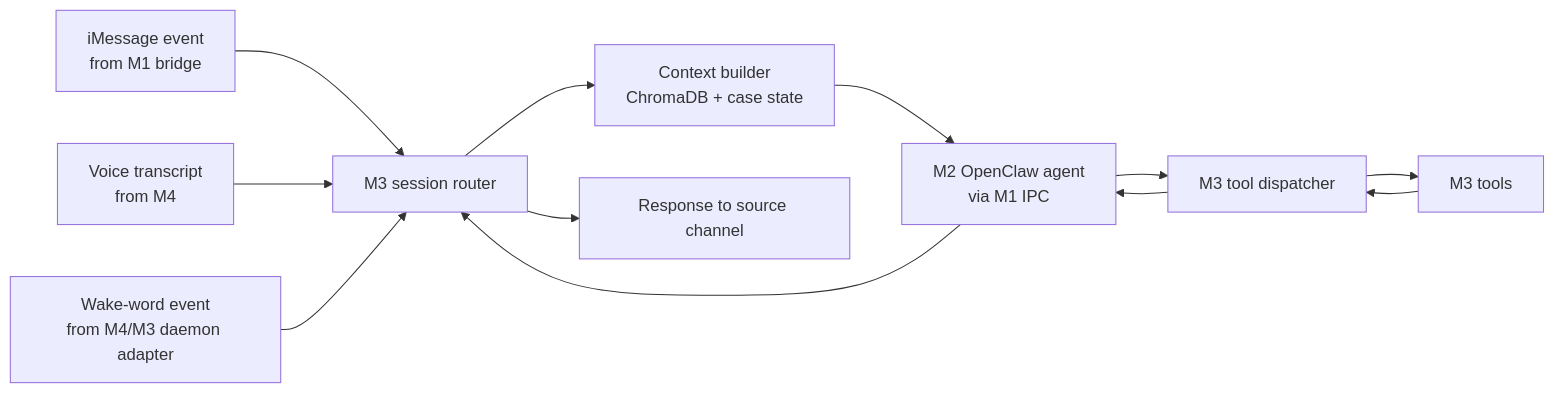
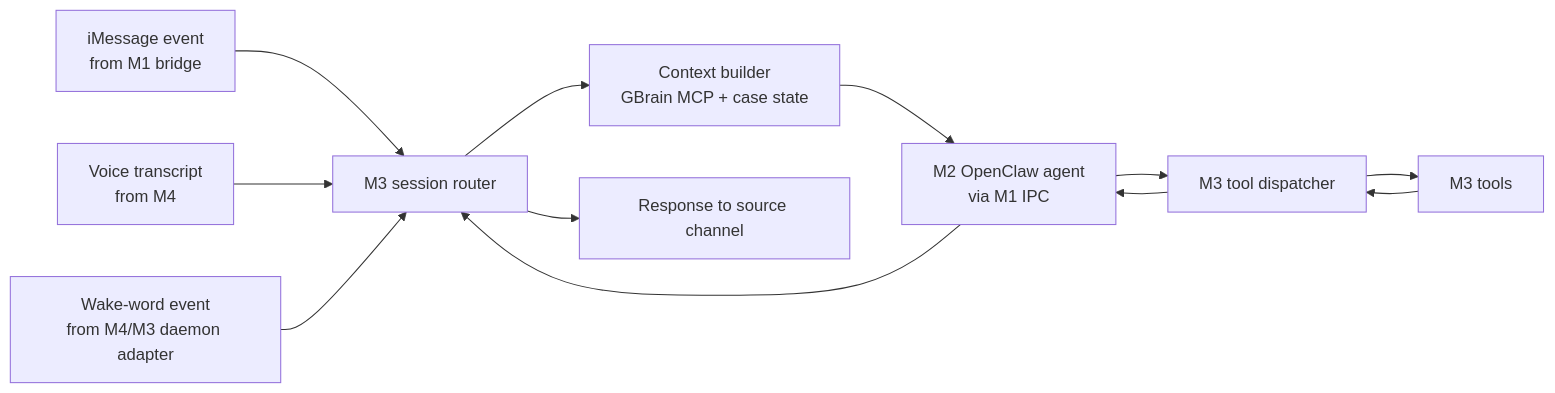
One commit to shivanshb828/donna-personal-assistant changed the diagram in docs/m3-glue-layer-plan.md. Above: the diagram before and after it, drawn with Mermaid. The commit also changed other lines of this file and 9 other files, not shown here.

````diff
--- a/docs/m3-glue-layer-plan.md
+++ b/docs/m3-glue-layer-plan.md
@@ -87,14 +87,14 @@
 ```mermaid
 flowchart LR
   IM["iMessage event<br/>from M1 bridge"] --> R["M3 session router"]
   VO["Voice transcript<br/>from M4"] --> R
   WW["Wake-word event<br/>from M4/M3 daemon adapter"] --> R
-  R --> C["Context builder<br/>ChromaDB + case state"]
+  R --> C["Context builder<br/>GBrain MCP + case state"]
   C --> A["M2 OpenClaw agent<br/>via M1 IPC"]
   A --> D["M3 tool dispatcher"]
   D --> T["M3 tools"]
   T --> D
   D --> A
   A --> R
   R --> OUT["Response to source channel"]
 ```
````
